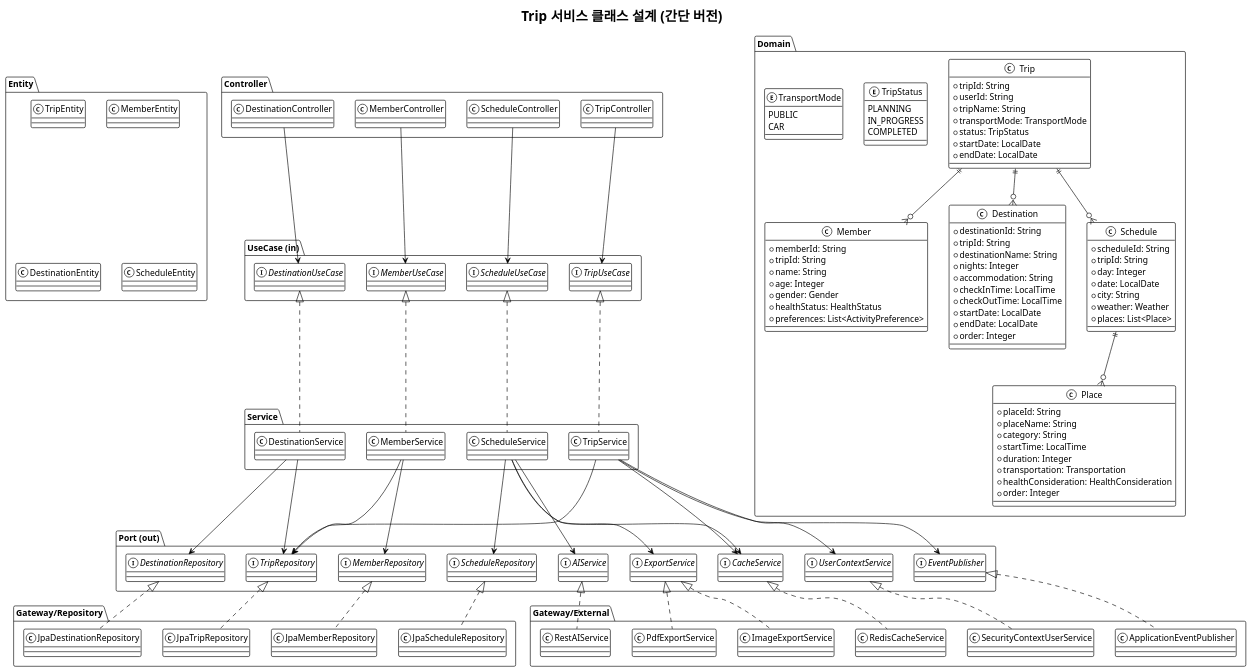
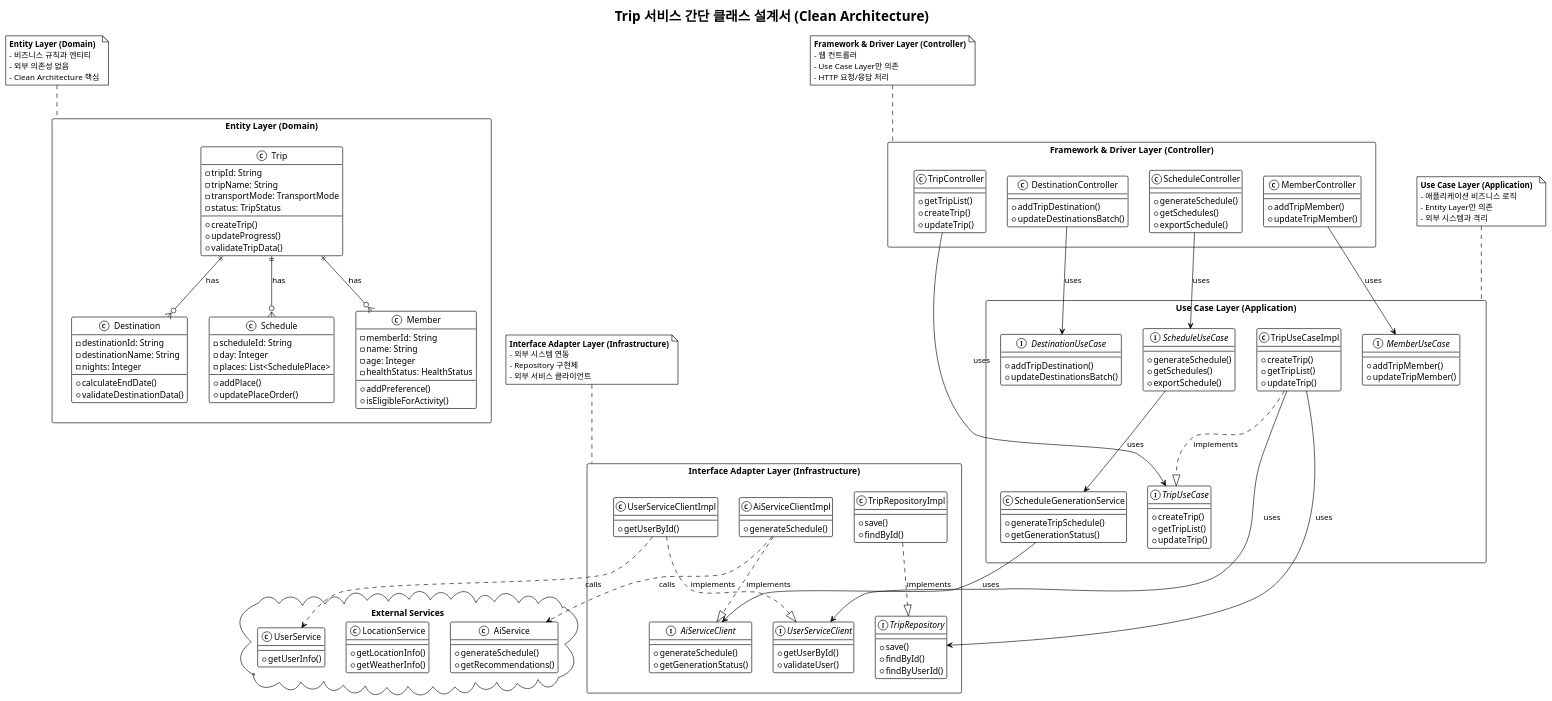
Before and after one commit to cna-bootcamp/tripgen: the diagram in design/backend/class/trip-simple.puml, drawn with PlantUML. The commit also changed 15 other files, not shown here.

First line of the commit message:
클래스 관계 표기법 수정 완료 - UML 표준 Association/Dependency 관계 적용

```diff
--- a/design/backend/class/trip-simple.puml
+++ b/design/backend/class/trip-simple.puml
@@ -1,178 +1,217 @@
 @startuml
 !theme mono
 
-title Trip 서비스 클래스 설계 (간단 버전)
+title Trip 서비스 간단 클래스 설계서 (Clean Architecture)
 
-package "UseCase (in)" {
-    interface TripUseCase
-    interface MemberUseCase
-    interface DestinationUseCase
-    interface ScheduleUseCase
-}
+' ======================================
+' Clean Architecture Layers Overview
+' ======================================
 
-package "Port (out)" {
-    interface TripRepository
-    interface MemberRepository
-    interface DestinationRepository
-    interface ScheduleRepository
-    interface AIService
-    interface ExportService
-    interface UserContextService
-    interface CacheService
-    interface EventPublisher
-}
-
-package "Service" {
-    class TripService
-    class MemberService
-    class DestinationService
-    class ScheduleService
-}
-
-package "Domain" {
+package "Entity Layer (Domain)" <<Rectangle>> {
     class Trip {
-        +tripId: String
-        +userId: String
-        +tripName: String
-        +transportMode: TransportMode
-        +status: TripStatus
-        +startDate: LocalDate
-        +endDate: LocalDate
+        -tripId: String
+        -tripName: String
+        -transportMode: TransportMode
+        -status: TripStatus
+        +createTrip()
+        +updateProgress()
+        +validateTripData()
     }
 
     class Member {
-        +memberId: String
-        +tripId: String
-        +name: String
-        +age: Integer
-        +gender: Gender
-        +healthStatus: HealthStatus
-        +preferences: List<ActivityPreference>
+        -memberId: String
+        -name: String
+        -age: Integer
+        -healthStatus: HealthStatus
+        +addPreference()
+        +isEligibleForActivity()
     }
 
     class Destination {
-        +destinationId: String
-        +tripId: String
-        +destinationName: String
-        +nights: Integer
-        +accommodation: String
-        +checkInTime: LocalTime
-        +checkOutTime: LocalTime
-        +startDate: LocalDate
-        +endDate: LocalDate
-        +order: Integer
+        -destinationId: String
+        -destinationName: String
+        -nights: Integer
+        +calculateEndDate()
+        +validateDestinationData()
     }
 
     class Schedule {
-        +scheduleId: String
-        +tripId: String
-        +day: Integer
-        +date: LocalDate
-        +city: String
-        +weather: Weather
-        +places: List<Place>
-    }
-
-    class Place {
-        +placeId: String
-        +placeName: String
-        +category: String
-        +startTime: LocalTime
-        +duration: Integer
-        +transportation: Transportation
-        +healthConsideration: HealthConsideration
-        +order: Integer
-    }
-
-    enum TripStatus {
-        PLANNING
-        IN_PROGRESS
-        COMPLETED
-    }
-
-    enum TransportMode {
-        PUBLIC
-        CAR
+        -scheduleId: String
+        -day: Integer
+        -places: List<SchedulePlace>
+        +addPlace()
+        +updatePlaceOrder()
     }
 }
 
-package "Controller" {
-    class TripController
-    class MemberController
-    class DestinationController
-    class ScheduleController
+package "Use Case Layer (Application)" <<Rectangle>> {
+    interface TripUseCase {
+        +createTrip()
+        +getTripList()
+        +updateTrip()
+    }
+
+    interface MemberUseCase {
+        +addTripMember()
+        +updateTripMember()
+    }
+
+    interface DestinationUseCase {
+        +addTripDestination()
+        +updateDestinationsBatch()
+    }
+
+    interface ScheduleUseCase {
+        +generateSchedule()
+        +getSchedules()
+        +exportSchedule()
+    }
+
+    class TripUseCaseImpl {
+        +createTrip()
+        +getTripList()
+        +updateTrip()
+    }
+
+    class ScheduleGenerationService {
+        +generateTripSchedule()
+        +getGenerationStatus()
+    }
 }
 
-package "Gateway/Repository" {
-    class JpaTripRepository
-    class JpaMemberRepository
-    class JpaDestinationRepository
-    class JpaScheduleRepository
+package "Interface Adapter Layer (Infrastructure)" <<Rectangle>> {
+    interface TripRepository {
+        +save()
+        +findById()
+        +findByUserId()
+    }
+
+    interface UserServiceClient {
+        +getUserById()
+        +validateUser()
+    }
+
+    interface AiServiceClient {
+        +generateSchedule()
+        +getGenerationStatus()
+    }
+
+    class TripRepositoryImpl {
+        +save()
+        +findById()
+    }
+
+    class UserServiceClientImpl {
+        +getUserById()
+    }
+
+    class AiServiceClientImpl {
+        +generateSchedule()
+    }
 }
 
-package "Gateway/External" {
-    class RestAIService
-    class PdfExportService
-    class ImageExportService
-    class SecurityContextUserService
-    class RedisCacheService
-    class ApplicationEventPublisher
+package "Framework & Driver Layer (Controller)" <<Rectangle>> {
+    class TripController {
+        +getTripList()
+        +createTrip()
+        +updateTrip()
+    }
+
+    class MemberController {
+        +addTripMember()
+        +updateTripMember()
+    }
+
+    class DestinationController {
+        +addTripDestination()
+        +updateDestinationsBatch()
+    }
+
+    class ScheduleController {
+        +generateSchedule()
+        +getSchedules()
+        +exportSchedule()
+    }
 }
 
-package "Entity" {
-    class TripEntity
-    class MemberEntity
-    class DestinationEntity
-    class ScheduleEntity
+' ======================================
+' Key Relationships (Clean Architecture)
+' ======================================
+
+' Entity relationships
+Trip ||--o{ Member : has
+Trip ||--o{ Destination : has  
+Trip ||--o{ Schedule : has
+
+' Clean Architecture dependencies (inward only)
+TripController --> TripUseCase : uses
+MemberController --> MemberUseCase : uses
+DestinationController --> DestinationUseCase : uses
+ScheduleController --> ScheduleUseCase : uses
+
+TripUseCaseImpl ..|> TripUseCase : implements
+TripUseCaseImpl --> TripRepository : uses
+TripUseCaseImpl --> UserServiceClient : uses
+
+TripRepositoryImpl ..|> TripRepository : implements
+UserServiceClientImpl ..|> UserServiceClient : implements
+AiServiceClientImpl ..|> AiServiceClient : implements
+
+' External service dependencies
+ScheduleGenerationService --> AiServiceClient : uses
+ScheduleUseCase --> ScheduleGenerationService : uses
+
+' ======================================
+' Architecture Notes
+' ======================================
+note top of "Entity Layer (Domain)"
+**Entity Layer (Domain)**
+- 비즈니스 규칙과 엔티티
+- 외부 의존성 없음
+- Clean Architecture 핵심
+end note
+
+note top of "Use Case Layer (Application)"
+**Use Case Layer (Application)**  
+- 애플리케이션 비즈니스 로직
+- Entity Layer만 의존
+- 외부 시스템과 격리
+end note
+
+note top of "Interface Adapter Layer (Infrastructure)"
+**Interface Adapter Layer (Infrastructure)**
+- 외부 시스템 연동
+- Repository 구현체
+- 외부 서비스 클라이언트
+end note
+
+note top of "Framework & Driver Layer (Controller)"
+**Framework & Driver Layer (Controller)**
+- 웹 컨트롤러
+- Use Case Layer만 의존
+- HTTP 요청/응답 처리
+end note
+
+' ======================================
+' External Service Integration
+' ======================================
+package "External Services" <<Cloud>> {
+    class UserService {
+        +getUserInfo()
+    }
+    
+    class LocationService {
+        +getLocationInfo()
+        +getWeatherInfo()
+    }
+    
+    class AiService {
+        +generateSchedule()
+        +getRecommendations()
+    }
 }
 
-' Use Case Implementations
-TripUseCase <|.. TripService
-MemberUseCase <|.. MemberService
-DestinationUseCase <|.. DestinationService
-ScheduleUseCase <|.. ScheduleService
-
-' Repository Implementations
-TripRepository <|.. JpaTripRepository
-MemberRepository <|.. JpaMemberRepository
-DestinationRepository <|.. JpaDestinationRepository
-ScheduleRepository <|.. JpaScheduleRepository
-
-' Service Implementations
-AIService <|.. RestAIService
-ExportService <|.. PdfExportService
-ExportService <|.. ImageExportService
-UserContextService <|.. SecurityContextUserService
-CacheService <|.. RedisCacheService
-EventPublisher <|.. ApplicationEventPublisher
-
-' Domain Relationships
-Trip ||--o{ Member
-Trip ||--o{ Destination
-Trip ||--o{ Schedule
-Schedule ||--o{ Place
-
-' Controller Dependencies
-TripController --> TripUseCase
-MemberController --> MemberUseCase
-DestinationController --> DestinationUseCase
-ScheduleController --> ScheduleUseCase
-
-' Service Dependencies
-TripService --> TripRepository
-TripService --> UserContextService
-TripService --> CacheService
-TripService --> EventPublisher
-
-MemberService --> MemberRepository
-MemberService --> TripRepository
-
-DestinationService --> DestinationRepository
-DestinationService --> TripRepository
-
-ScheduleService --> ScheduleRepository
-ScheduleService --> AIService
-ScheduleService --> ExportService
-ScheduleService --> CacheService
+UserServiceClientImpl ..> UserService : calls
+AiServiceClientImpl ..> AiService : calls
 
 @enduml
```
